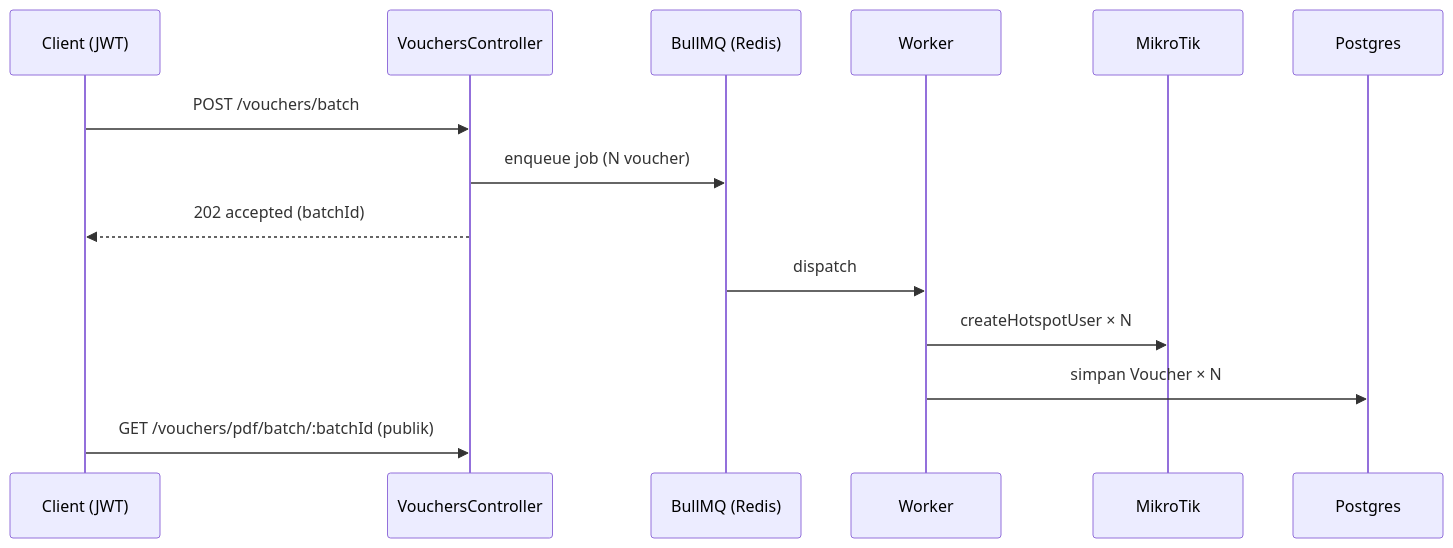
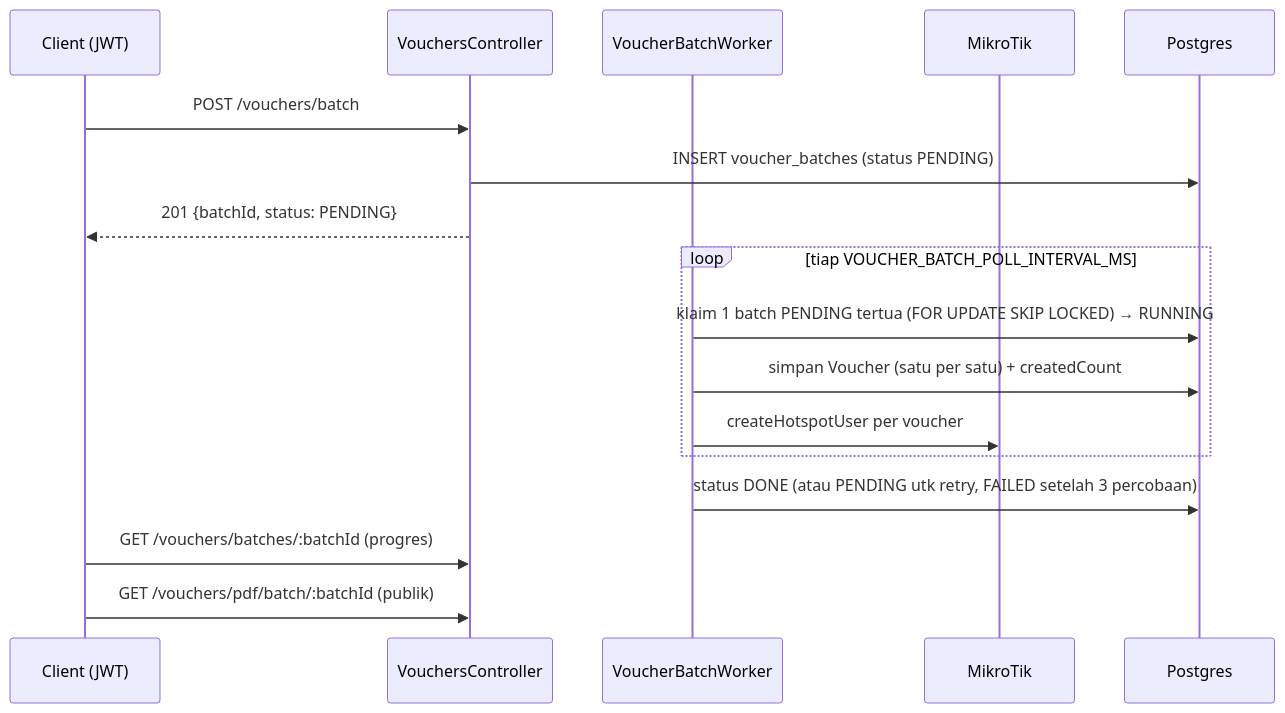
The third of 5 diagrams in doc/spec/ARSITEKTUR.md (ramapnd18/backendWebManagementWiFiuntukFnB), drawn with Mermaid before and after one commit. The commit also changed other lines of this file and 14 other files, not shown here.

````diff
--- a/doc/spec/ARSITEKTUR.md
+++ b/doc/spec/ARSITEKTUR.md
@@ -118,16 +117,19 @@
 ```mermaid
 sequenceDiagram
     participant C as Client (JWT)
     participant API as VouchersController
-    participant Q as BullMQ (Redis)
-    participant W as Worker
+    participant W as VoucherBatchWorker
     participant MT as MikroTik
     participant DB as Postgres
     C->>API: POST /vouchers/batch
-    API->>Q: enqueue job (N voucher)
-    API-->>C: 202 accepted (batchId)
-    Q->>W: dispatch
-    W->>MT: createHotspotUser × N
-    W->>DB: simpan Voucher × N
+    API->>DB: INSERT voucher_batches (status PENDING)
+    API-->>C: 201 {batchId, status: PENDING}
+    loop tiap VOUCHER_BATCH_POLL_INTERVAL_MS
+        W->>DB: klaim 1 batch PENDING tertua (FOR UPDATE SKIP LOCKED) → RUNNING
+        W->>DB: simpan Voucher (satu per satu) + createdCount
+        W->>MT: createHotspotUser per voucher
+    end
+    W->>DB: status DONE (atau PENDING utk retry, FAILED setelah 3 percobaan)
+    C->>API: GET /vouchers/batches/:batchId (progres)
     C->>API: GET /vouchers/pdf/batch/:batchId (publik)
 ```
````
